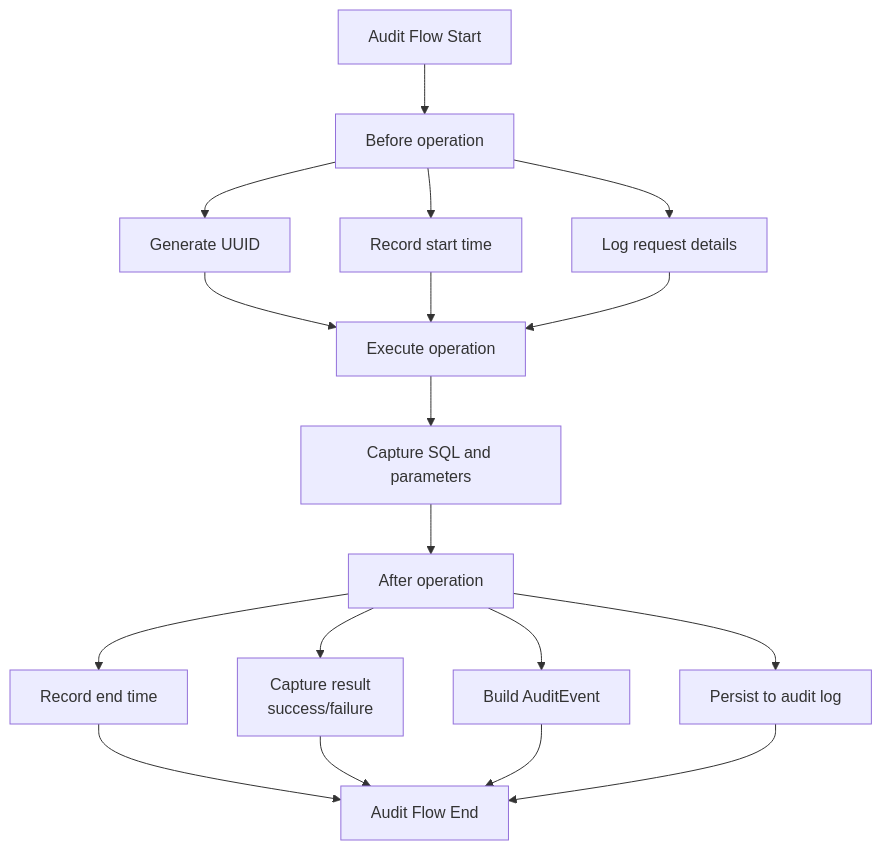
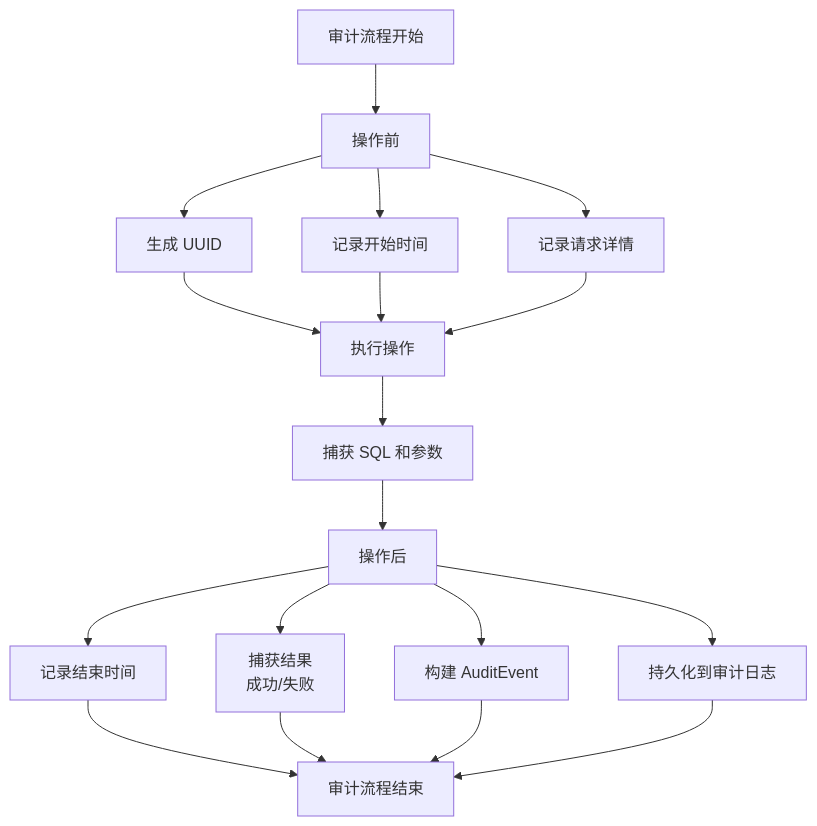
The fourth of 15 diagrams in docs/ARCHITECTURE.md (Kirky-X/dbnexus), drawn with Mermaid before and after one commit. The commit also changed other lines of this file and 2 other files, not shown here.

````diff
--- a/docs/ARCHITECTURE.md
+++ b/docs/ARCHITECTURE.md
@@ -354,25 +354,25 @@
 ```mermaid
 flowchart TD
-    Start[Audit Flow Start] --> BeforeOp[Before operation]
+    Start[审计流程开始] --> BeforeOp[操作前]
 
-    BeforeOp --> GenUUID[Generate UUID]
-    BeforeOp --> RecordStart[Record start time]
-    BeforeOp --> LogDetails[Log request details]
+    BeforeOp --> GenUUID[生成 UUID]
+    BeforeOp --> RecordStart[记录开始时间]
+    BeforeOp --> LogDetails[记录请求详情]
 
-    GenUUID --> ExecuteOp[Execute operation]
+    GenUUID --> ExecuteOp[执行操作]
     RecordStart --> ExecuteOp
     LogDetails --> ExecuteOp
 
-    ExecuteOp --> CaptureSQL[Capture SQL and parameters]
+    ExecuteOp --> CaptureSQL[捕获 SQL 和参数]
 
-    CaptureSQL --> AfterOp[After operation]
-    AfterOp --> RecordEnd[Record end time]
-    AfterOp --> CaptureResult[Capture result<br/>success/failure]
-    AfterOp --> BuildEvent[Build AuditEvent]
-    AfterOp --> Persist[Persist to audit log]
+    CaptureSQL --> AfterOp[操作后]
+    AfterOp --> RecordEnd[记录结束时间]
+    AfterOp --> CaptureResult[捕获结果<br/>成功/失败]
+    AfterOp --> BuildEvent[构建 AuditEvent]
+    AfterOp --> Persist[持久化到审计日志]
 
-    RecordEnd --> End[Audit Flow End]
+    RecordEnd --> End[审计流程结束]
     CaptureResult --> End
     BuildEvent --> End
     Persist --> End
 ```
````
